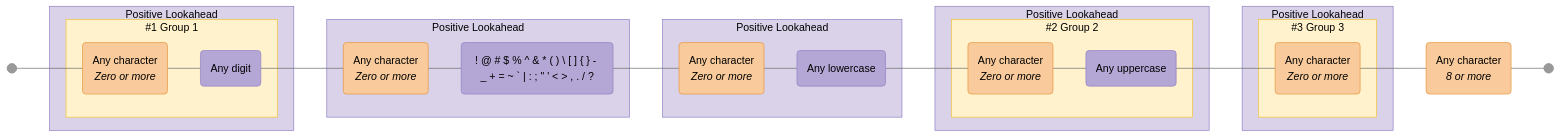
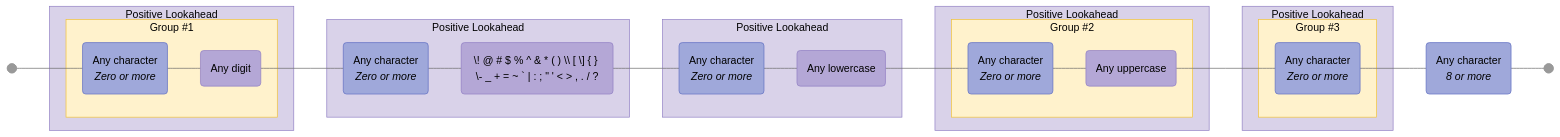
The tenth of 15 diagrams in EXAMPLES.md (tayles/regex-to-mermaid), drawn with Mermaid (neutral theme) before and after one commit. The commit also changed other lines of this file and 89 other files, not shown here.

````diff
--- a/EXAMPLES.md
+++ b/EXAMPLES.md
@@ -2472,82 +3917,82 @@
 ```mermaid
 graph LR
   accTitle: "Regex: (?=(.*[0-9]))(?=.*[\\!@#$%^&*()\\\\[\\]{}\\-_+=~`|:;\"'<>,./?])(?=.*[a-z])(?=(.*[A-Z]))(?=(.*)).{8,}"
-  accDescr: "Generated with regex-to-mermaid@1.0.4"
+  accDescr: "Generated with regex-to-mermaid@2.0.0"
 
   %% Nodes
   start@{ shape: f-circ };
   fin@{ shape: f-circ };
-  literal_1("Any character<br><i>Zero or more</i>"):::literal;
+  char_set_1("Any character<br><i>Zero or more</i>"):::char-set;
   char_class_1("Any digit"):::char-class;
-  literal_2("Any character<br><i>Zero or more</i>"):::literal;
-  char_class_2("! @ # $ % ^ & * ( ) \ [ ] { } - _ + = ~ ` | : ; #quot; ' < > , . / ?"):::char-class;
-  literal_3("Any character<br><i>Zero or more</i>"):::literal;
+  char_set_2("Any character<br><i>Zero or more</i>"):::char-set;
+  char_class_2("\! @ # $ % ^ & * ( ) \\ [ \] { } \- _ + = ~ ` | : ; #quot; ' < > , . / ?"):::char-class;
+  char_set_3("Any character<br><i>Zero or more</i>"):::char-set;
   char_class_3("Any lowercase"):::char-class;
-  literal_4("Any character<br><i>Zero or more</i>"):::literal;
+  char_set_4("Any character<br><i>Zero or more</i>"):::char-set;
   char_class_4("Any uppercase"):::char-class;
-  literal_5("Any character<br><i>Zero or more</i>"):::literal;
-  literal_6("Any character<br><i>8 or more</i>"):::literal;
+  char_set_5("Any character<br><i>Zero or more</i>"):::char-set;
+  char_set_6("Any character<br><i>8 or more</i>"):::char-set;
 
   %% Subgraphs
-  subgraph standard_1 ["#1 Group 1"]
-    literal_1
+  subgraph standard_1 ["Group #1"]
+    char_set_1
     char_class_1
   end
 
   subgraph positive_lookahead_1 ["Positive Lookahead"]
     standard_1
   end
 
   subgraph positive_lookahead_2 ["Positive Lookahead"]
-    literal_2
+    char_set_2
     char_class_2
   end
 
   subgraph positive_lookahead_3 ["Positive Lookahead"]
-    literal_3
+    char_set_3
     char_class_3
   end
 
-  subgraph standard_2 ["#2 Group 2"]
-    literal_4
+  subgraph standard_2 ["Group #2"]
+    char_set_4
     char_class_4
   end
 
   subgraph positive_lookahead_4 ["Positive Lookahead"]
     standard_2
   end
 
-  subgraph standard_3 ["#3 Group 3"]
-    literal_5
+  subgraph standard_3 ["Group #3"]
+    char_set_5
   end
 
   subgraph positive_lookahead_5 ["Positive Lookahead"]
     standard_3
   end
 
   %% Edges
-  start --- literal_1;
-  literal_1 --- char_class_1;
-  char_class_1 --- literal_2;
-  literal_2 --- char_class_2;
-  char_class_2 --- literal_3;
-  literal_3 --- char_class_3;
-  char_class_3 --- literal_4;
-  literal_4 --- char_class_4;
-  char_class_4 --- literal_5;
-  literal_5 --- literal_6;
-  literal_6 --- fin;
+  start --- char_set_1;
+  char_set_1 --- char_class_1;
+  char_class_1 --- char_set_2;
+  char_set_2 --- char_class_2;
+  char_class_2 --- char_set_3;
+  char_set_3 --- char_class_3;
+  char_class_3 --- char_set_4;
+  char_set_4 --- char_class_4;
+  char_class_4 --- char_set_5;
+  char_set_5 --- char_set_6;
+  char_set_6 --- fin;
 
   %% Styles
   %% Node Styling
-  classDef literal fill:#F9CB9C,stroke:#E69138,color:#000000;
+  classDef char-set fill:#9FA8DA,stroke:#5C6BC0,color:#000000;
   classDef char-class fill:#B4A7D6,stroke:#8E7CC3,color:#000000;
 
   %% Group Styling
   classDef standard fill:#FFF2CC,stroke:#F1C232,color:#000000;
   classDef positive-lookahead fill:#D9D2E9,stroke:#8E7CC3,color:#000000;
 
   %% Apply Group Classes
   class standard_1,standard_2,standard_3 standard;
   class positive_lookahead_1,positive_lookahead_2,positive_lookahead_3,positive_lookahead_4,positive_lookahead_5 positive-lookahead;
 ```
````
